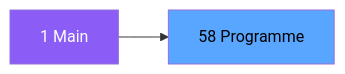
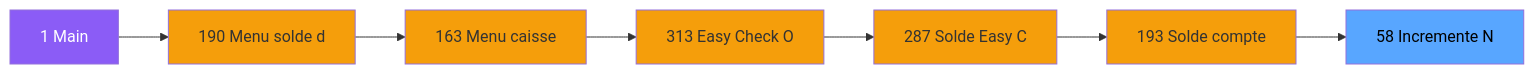
The second of 3 diagrams in .openspec/specs/ADH-IDE-58.md (thonyAGP/magic-migration), drawn with Mermaid before and after one commit. The commit also changed other lines of this file and 323 other files, not shown here.

````diff
--- a/.openspec/specs/ADH-IDE-58.md
+++ b/.openspec/specs/ADH-IDE-58.md
@@ -98,8 +110,23 @@
 ```mermaid
 graph LR
     M[1 Main]
-    T[58 Programme]
-    M --> T
+    N190[190 Menu solde d]
+    N163[163 Menu caisse ]
+    N313[313 Easy Check O]
+    N287[287 Solde Easy C]
+    N193[193 Solde compte]
+    T[58 Incremente N]
+    M --> N190
+    N190 --> N163
+    N163 --> N313
+    N313 --> N287
+    N287 --> N193
+    N193 --> T
     style M fill:#8b5cf6,color:#fff
+    style N190 fill:#f59e0b
+    style N163 fill:#f59e0b
+    style N313 fill:#f59e0b
+    style N287 fill:#f59e0b
+    style N193 fill:#f59e0b
     style T fill:#58a6ff,color:#000
 ```
````
